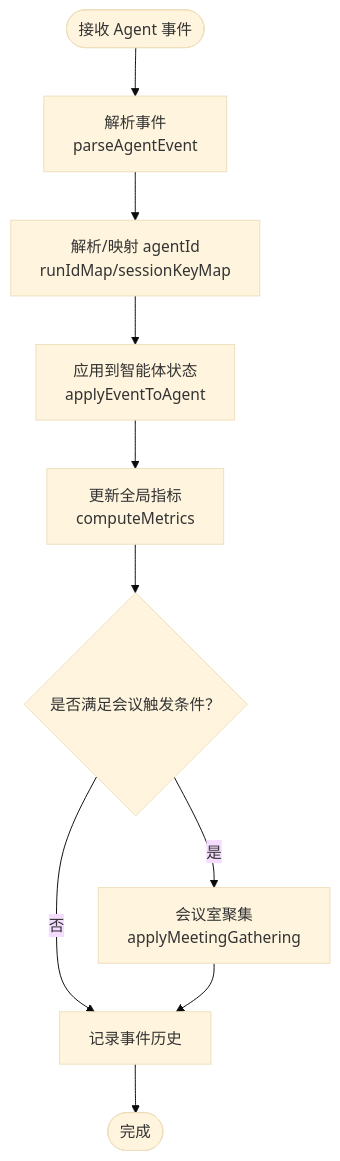
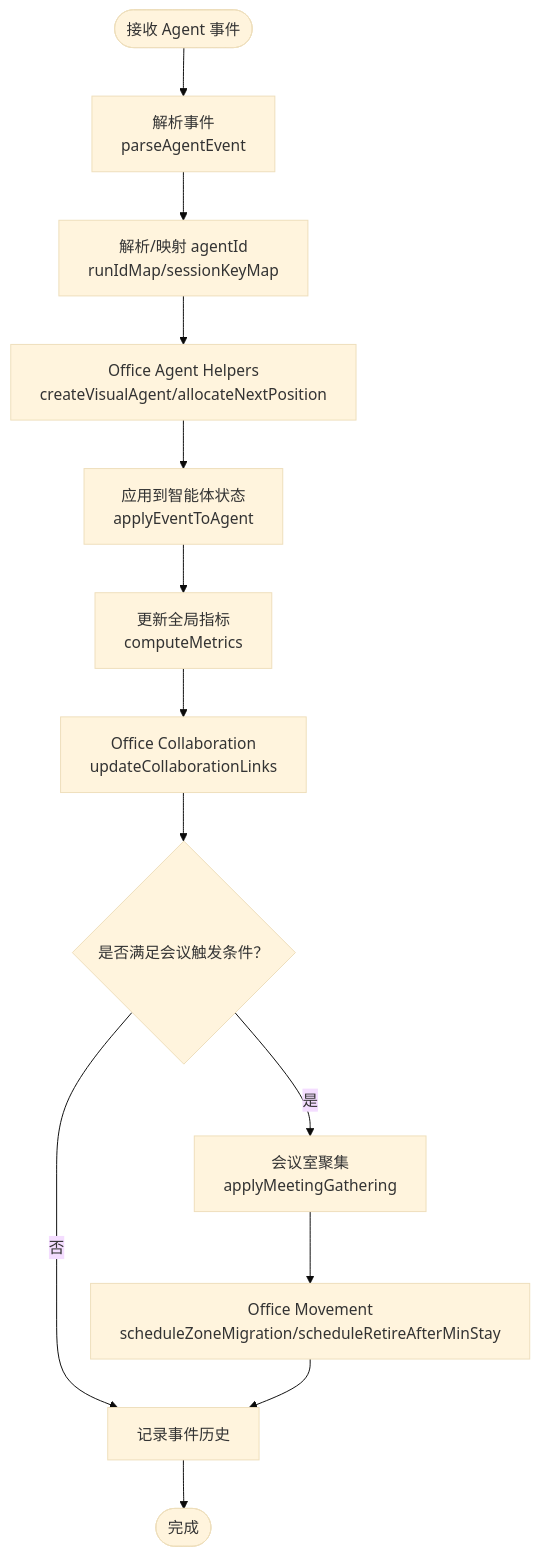
Before and after one commit to WW-AI-Lab/openclaw-office: the third of 10 diagrams in .qoder/repowiki/zh/content/状态管理系统/状态管理系统.md, drawn with Mermaid (base theme). The commit also changed other lines of this file and 27 other files, not shown here.

````diff
--- a/.qoder/repowiki/zh/content/状态管理系统/状态管理系统.md
+++ b/.qoder/repowiki/zh/content/状态管理系统/状态管理系统.md
@@ -160,12 +202,15 @@
 ```mermaid
 flowchart TD
 Start(["接收 Agent 事件"]) --> Parse["解析事件<br/>parseAgentEvent"]
 Parse --> ResolveAgent["解析/映射 agentId<br/>runIdMap/sessionKeyMap"]
-ResolveAgent --> ApplyReducer["应用到智能体状态<br/>applyEventToAgent"]
+ResolveAgent --> OAH["Office Agent Helpers<br/>createVisualAgent/allocateNextPosition"]
+OAH --> ApplyReducer["应用到智能体状态<br/>applyEventToAgent"]
 ApplyReducer --> UpdateMetrics["更新全局指标<br/>computeMetrics"]
-UpdateMetrics --> MeetingCheck{"是否满足会议触发条件？"}
+UpdateMetrics --> OC["Office Collaboration<br/>updateCollaborationLinks"]
+OC --> MeetingCheck{"是否满足会议触发条件？"}
 MeetingCheck --> |是| Gather["会议室聚集<br/>applyMeetingGathering"]
 MeetingCheck --> |否| Persist["记录事件历史"]
-Gather --> Persist
+Gather --> OM["Office Movement<br/>scheduleZoneMigration/scheduleRetireAfterMinStay"]
+OM --> Persist
 Persist --> End(["完成"])
 ```
````
